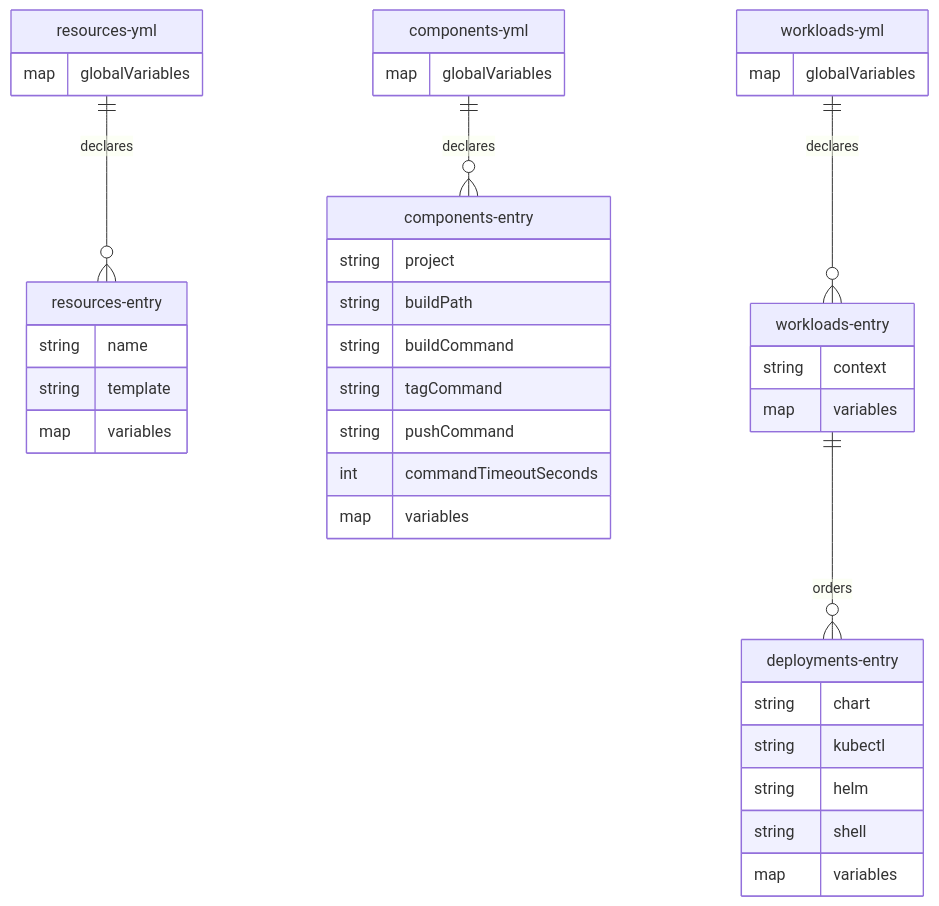
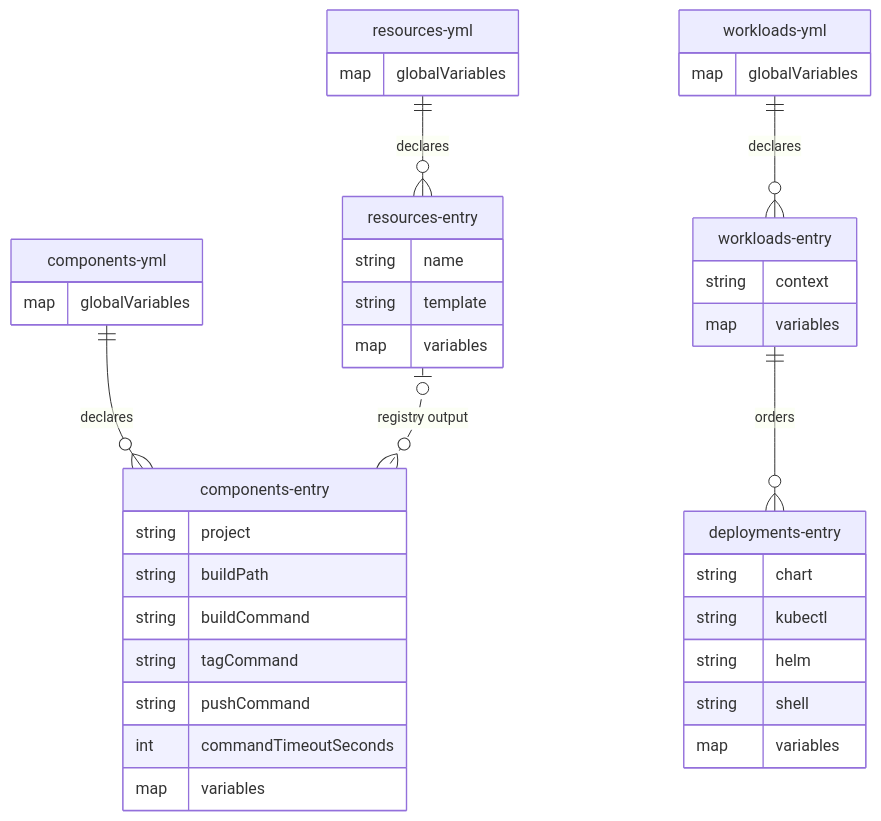
Before and after one commit to alissonsol/yuruna: the second of 3 diagrams in docs/design/05-data-model.md, drawn with Mermaid. The commit also changed other lines of this file and 1409 other files, not shown here.

````diff
--- a/docs/design/05-data-model.md
+++ b/docs/design/05-data-model.md
@@ -72,41 +73,42 @@
 ```mermaid
 erDiagram
     resources-yml ||--o{ resources-entry : declares
     components-yml ||--o{ components-entry : declares
     workloads-yml ||--o{ workloads-entry : declares
     workloads-entry ||--o{ deployments-entry : orders
+    resources-entry |o..o{ components-entry : "registry output"
     resources-yml {
         map globalVariables
     }
     resources-entry {
         string name
         string template
         map variables
     }
     components-yml {
         map globalVariables
     }
     components-entry {
         string project
         string buildPath
         string buildCommand
         string tagCommand
         string pushCommand
         int commandTimeoutSeconds
         map variables
     }
     workloads-yml {
         map globalVariables
     }
     workloads-entry {
         string context
         map variables
     }
     deployments-entry {
         string chart
         string kubectl
         string helm
         string shell
         map variables
     }
 ```
````
